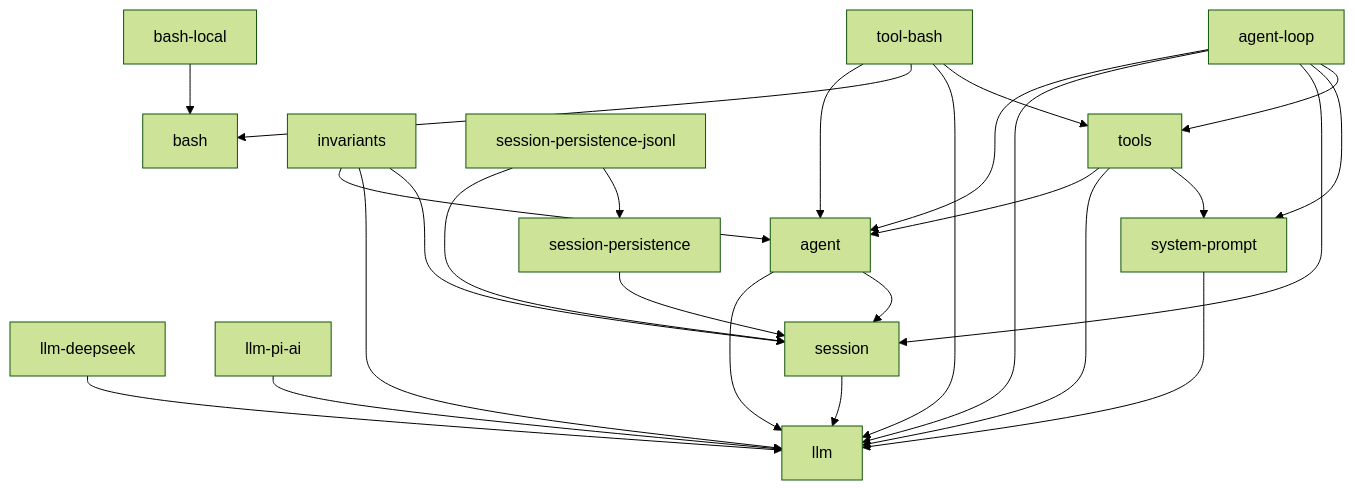
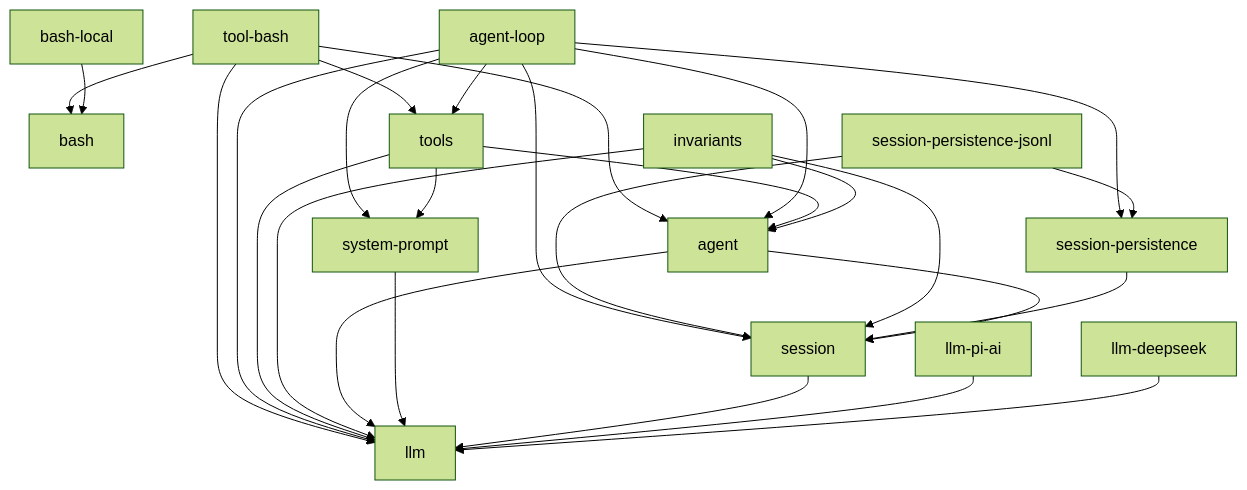
One commit to eru123/coco-harness changed the diagram in docs/module-graph.md. Above: the diagram before and after it, drawn with Mermaid (forest theme). The commit also changed other lines of this file and 17 other files, not shown here.

````diff
--- a/docs/module-graph.md
+++ b/docs/module-graph.md
@@ -8,28 +8,29 @@
 ```mermaid
 graph TD
   bash-local --> bash
   llm-deepseek --> llm
   llm-pi-ai --> llm
   session --> llm
   system-prompt --> llm
   agent --> llm
   agent --> session
   session-persistence --> session
   invariants --> agent
   invariants --> llm
   invariants --> session
   session-persistence-jsonl --> session
   session-persistence-jsonl --> session-persistence
   tools --> agent
   tools --> llm
   tools --> system-prompt
   agent-loop --> agent
   agent-loop --> llm
   agent-loop --> session
+  agent-loop --> session-persistence
   agent-loop --> system-prompt
   agent-loop --> tools
   tool-bash --> agent
   tool-bash --> bash
   tool-bash --> llm
   tool-bash --> tools
 ```
````
